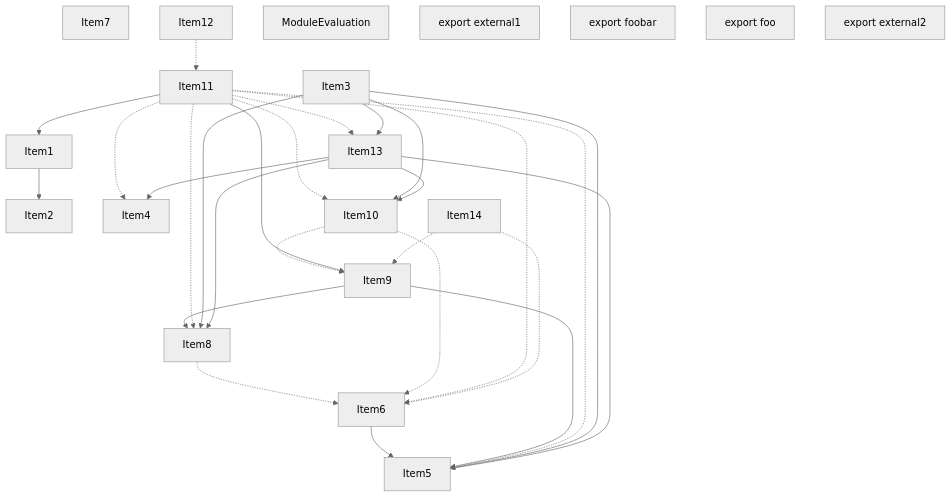
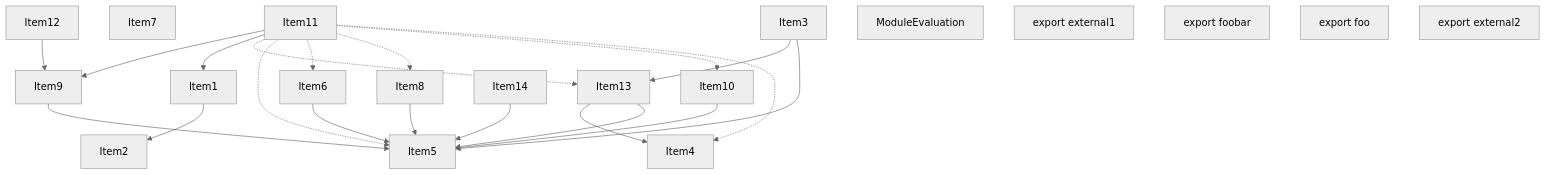
Before and after one commit to vercel/turborepo: the third of 4 diagrams in crates/turbopack-ecmascript/tests/tree-shaker/analyzer/2/output.md, drawn with Mermaid (neutral theme). The commit also changed other lines of this file and 2 other files, not shown here.

````diff
--- a/crates/turbopack-ecmascript/tests/tree-shaker/analyzer/2/output.md
+++ b/crates/turbopack-ecmascript/tests/tree-shaker/analyzer/2/output.md
@@ -218,53 +216,46 @@
 ```mermaid
 graph TD
     Item3;
     Item2;
     Item4;
     Item5;
     Item6;
     Item7;
     Item8;
     Item9;
     Item10;
     Item11;
     Item12;
     Item13;
     Item14;
     Item1;
     Item15;
     Item15["ModuleEvaluation"];
     Item16;
     Item16["export external1"];
     Item17;
     Item17["export foobar"];
     Item18;
     Item18["export foo"];
     Item19;
     Item19["export external2"];
     Item1 --> Item2;
     Item6 --> Item5;
-    Item8 -.-> Item6;
+    Item8 --> Item5;
     Item9 --> Item5;
-    Item9 --> Item8;
-    Item10 -.-> Item6;
-    Item10 -.-> Item9;
+    Item10 --> Item5;
     Item11 --> Item9;
     Item11 --> Item1;
     Item11 -.-> Item13;
     Item11 -.-> Item5;
+    Item11 -.-> Item6;
     Item11 -.-> Item8;
     Item11 -.-> Item10;
-    Item11 -.-> Item6;
     Item11 -.-> Item4;
-    Item12 -.-> Item11;
+    Item12 --> Item9;
     Item3 --> Item13;
     Item3 --> Item5;
-    Item3 --> Item8;
-    Item3 --> Item10;
     Item13 --> Item4;
     Item13 --> Item5;
-    Item13 --> Item8;
-    Item13 --> Item10;
-    Item14 -.-> Item6;
-    Item14 -.-> Item9;
+    Item14 --> Item5;
 ```
````
